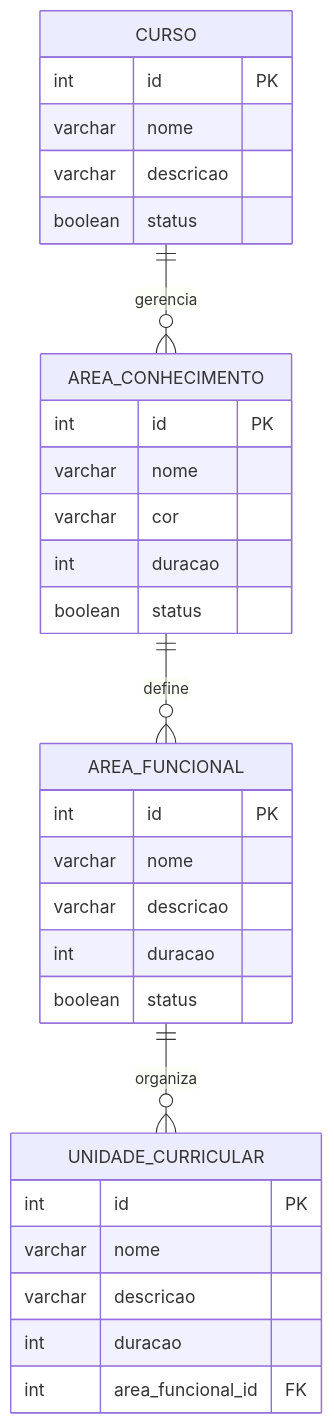
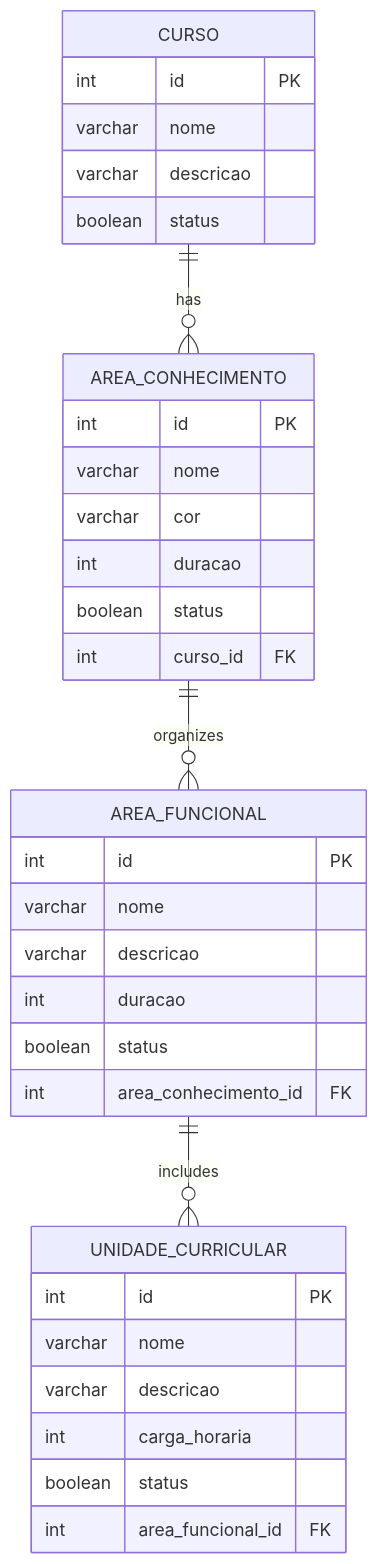
The diagram in docs/DER.md (JoaoPipous/Colmeia-Cubo), drawn with Mermaid before and after one commit. The commit also changed 5 other files, not shown here.

````diff
--- a/docs/DER.md
+++ b/docs/DER.md
@@ -4,38 +4,42 @@
 ```mermaid
 erDiagram
     CURSO {
         int id PK
         varchar nome
         varchar descricao
         boolean status
     }
 
     AREA_CONHECIMENTO {
         int id PK
         varchar nome
         varchar cor
         int duracao
         boolean status
+        int curso_id FK
     }
 
     AREA_FUNCIONAL {
         int id PK
         varchar nome
         varchar descricao
         int duracao
         boolean status
+        int area_conhecimento_id FK
     }
 
     UNIDADE_CURRICULAR {
         int id PK
         varchar nome
         varchar descricao
-        int duracao
+        int carga_horaria
+        boolean status
         int area_funcional_id FK
     }
 
-    CURSO ||--o{ AREA_CONHECIMENTO : gerencia
-    AREA_CONHECIMENTO ||--o{ AREA_FUNCIONAL : define
-    AREA_FUNCIONAL ||--o{ UNIDADE_CURRICULAR : organiza
+    CURSO ||--o{ AREA_CONHECIMENTO : has
+    AREA_CONHECIMENTO ||--o{ AREA_FUNCIONAL : organizes
+    AREA_FUNCIONAL ||--o{ UNIDADE_CURRICULAR : includes
+
 
 ```
````
